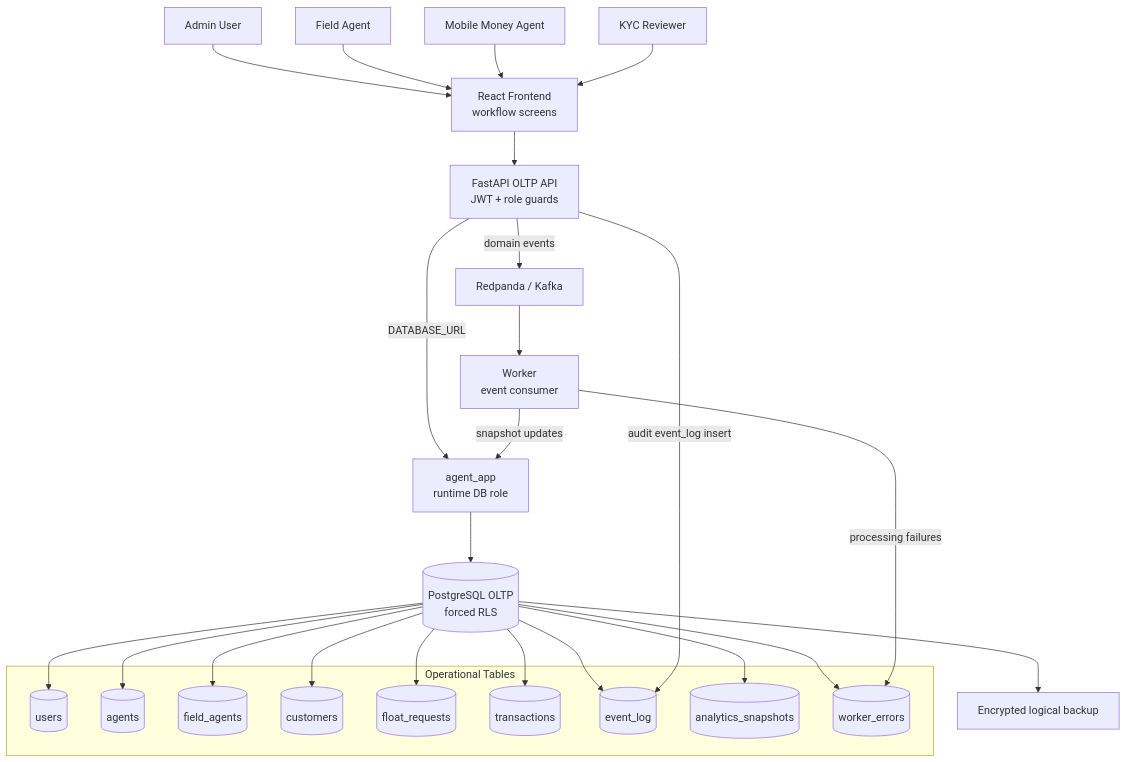
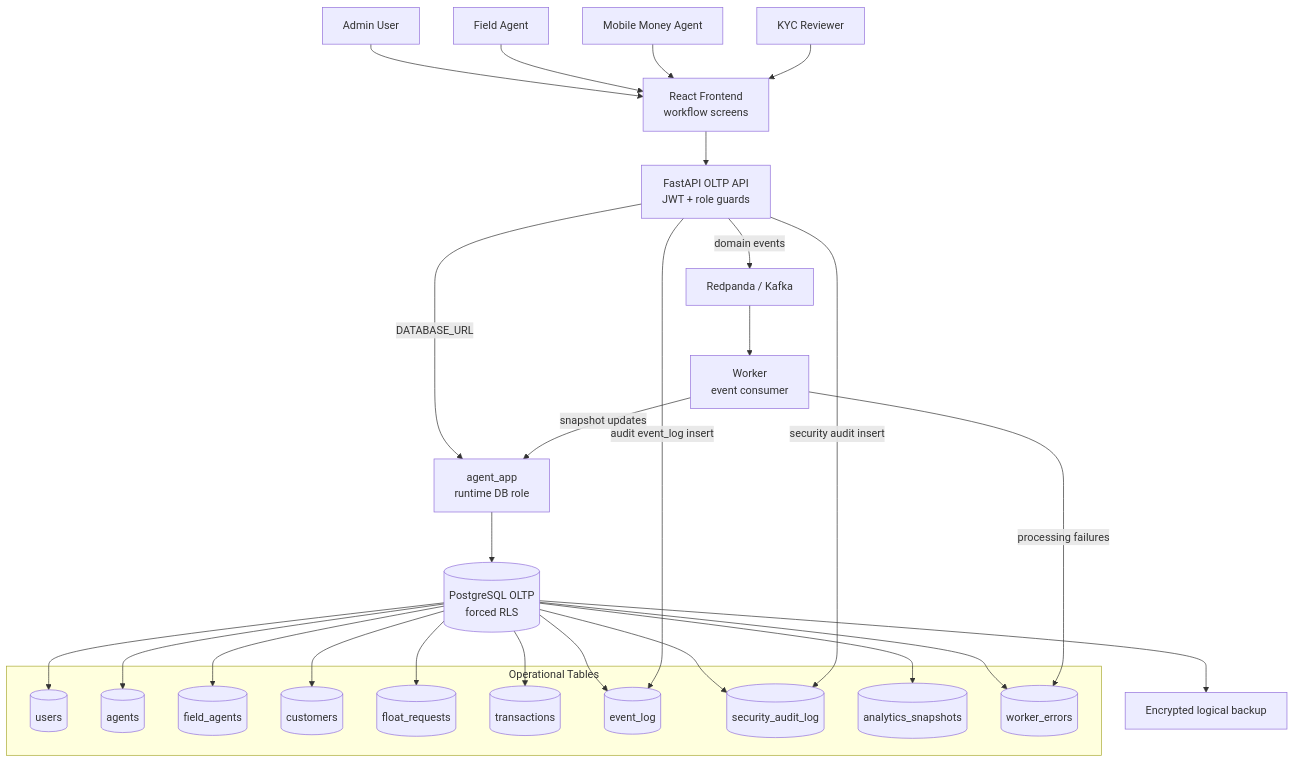
One commit to waigisteve/agent-network-infra-sim changed the second of 6 diagrams in docs/architecture.md. Above: the diagram before and after it, drawn with Mermaid. The commit also changed other lines of this file and 14 other files, not shown here.

Commit message:
Add security audit logging and readiness detail

````diff
--- a/docs/architecture.md
+++ b/docs/architecture.md
@@ -296,49 +312,52 @@
 ```mermaid
 flowchart TB
     admin[Admin User]
     field[Field Agent]
     agent[Mobile Money Agent]
     kyc[KYC Reviewer]
     frontend[React Frontend<br/>workflow screens]
     api[FastAPI OLTP API<br/>JWT + role guards]
     app_role[agent_app<br/>runtime DB role]
     postgres[(PostgreSQL OLTP<br/>forced RLS)]
     redpanda[Redpanda / Kafka]
     worker[Worker<br/>event consumer]
     backup[Encrypted logical backup]
 
     subgraph Operational Tables
         users[(users)]
         agents[(agents)]
         field_agents[(field_agents)]
         customers[(customers)]
         float_requests[(float_requests)]
         transactions[(transactions)]
         event_log[(event_log)]
+        security_audit_log[(security_audit_log)]
         analytics_snapshots[(analytics_snapshots)]
         worker_errors[(worker_errors)]
     end
 
     admin --> frontend
     field --> frontend
     agent --> frontend
     kyc --> frontend
     frontend --> api
     api -->|DATABASE_URL| app_role
     app_role --> postgres
     postgres --> users
     postgres --> agents
     postgres --> field_agents
     postgres --> customers
     postgres --> float_requests
     postgres --> transactions
     postgres --> event_log
+    postgres --> security_audit_log
     postgres --> analytics_snapshots
     postgres --> worker_errors
     api -->|domain events| redpanda
     api -->|audit event_log insert| event_log
+    api -->|security audit insert| security_audit_log
     redpanda --> worker
     worker -->|snapshot updates| app_role
     worker -->|processing failures| worker_errors
     postgres --> backup
 ```
````
